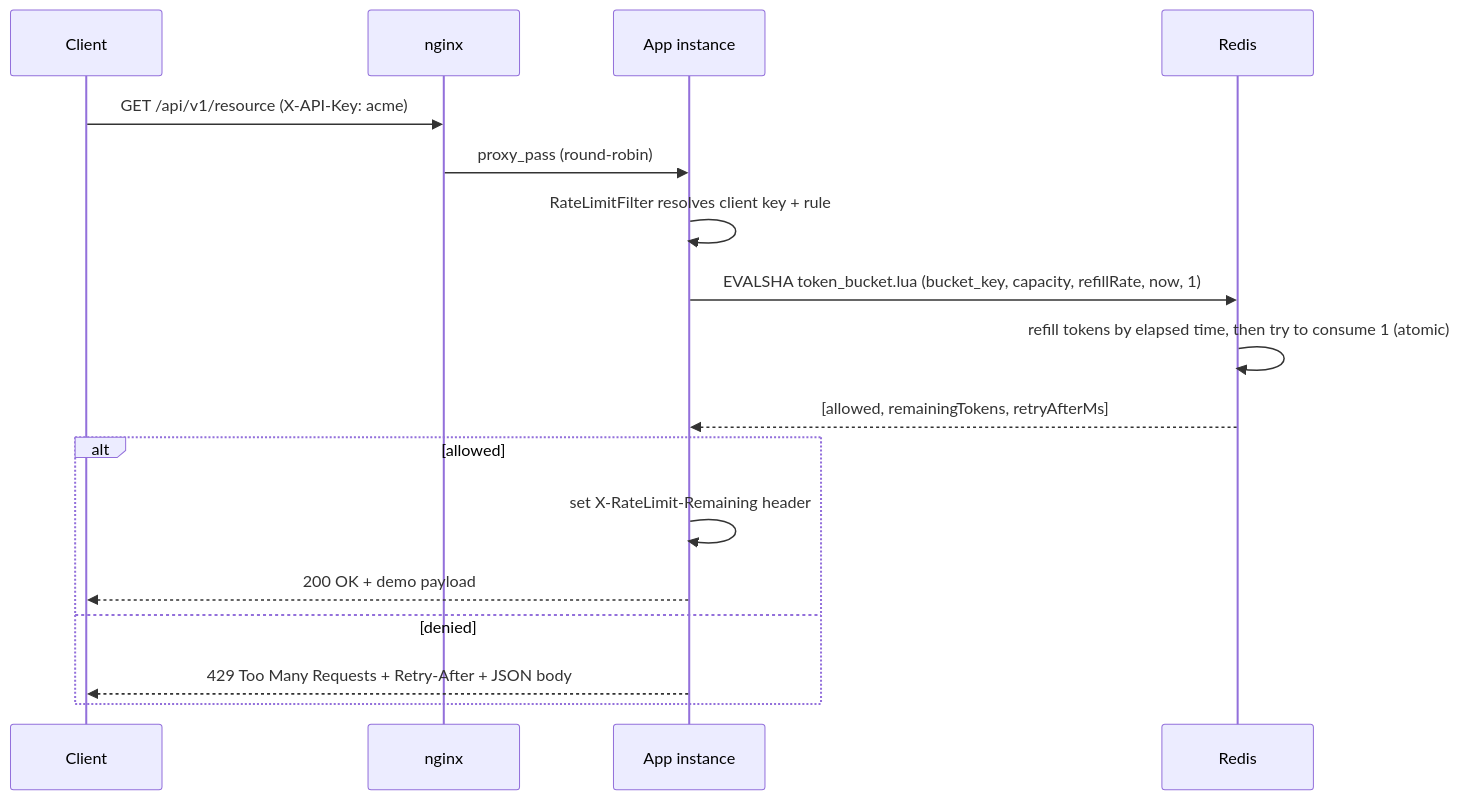
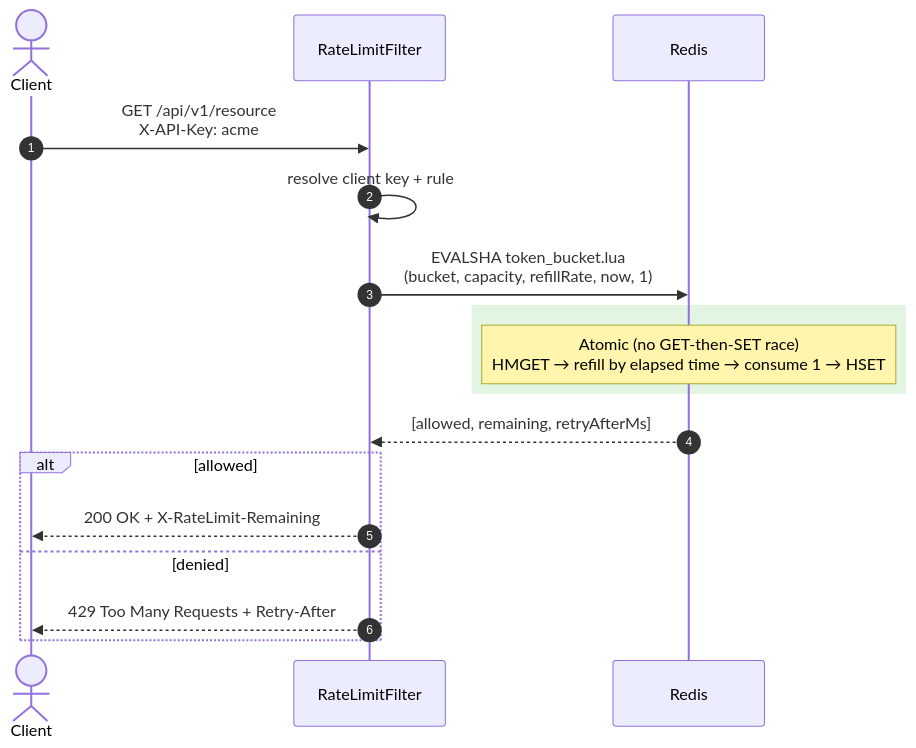
The second of 3 diagrams in README.md (Lubhawani-Singh-Chouhan/Distributed-Rate-Limiter), drawn with Mermaid before and after one commit. The commit also changed other lines of this file and 3 other files, not shown here.

````diff
--- a/README.md
+++ b/README.md
@@ -53,20 +59,20 @@
 ```mermaid
 sequenceDiagram
-    participant C as Client
-    participant N as nginx
-    participant App as App instance
-    participant R as Redis
+    autonumber
+    actor Client
+    participant Filter as RateLimitFilter
+    participant Redis
 
-    C->>N: GET /api/v1/resource (X-API-Key: acme)
-    N->>App: proxy_pass (round-robin)
-    App->>App: RateLimitFilter resolves client key + rule
-    App->>R: EVALSHA token_bucket.lua (bucket_key, capacity, refillRate, now, 1)
-    R->>R: refill tokens by elapsed time, then try to consume 1 (atomic)
-    R-->>App: [allowed, remainingTokens, retryAfterMs]
+    Client->>Filter: GET /api/v1/resource<br/>X-API-Key: acme
+    Filter->>Filter: resolve client key + rule
+    Filter->>Redis: EVALSHA token_bucket.lua<br/>(bucket, capacity, refillRate, now, 1)
+    rect rgb(226, 245, 226)
+        Note over Redis: Atomic (no GET-then-SET race)<br/>HMGET → refill by elapsed time → consume 1 → HSET
+    end
+    Redis-->>Filter: [allowed, remaining, retryAfterMs]
     alt allowed
-        App->>App: set X-RateLimit-Remaining header
-        App-->>C: 200 OK + demo payload
+        Filter-->>Client: 200 OK + X-RateLimit-Remaining
     else denied
-        App-->>C: 429 Too Many Requests + Retry-After + JSON body
+        Filter-->>Client: 429 Too Many Requests + Retry-After
     end
 ```
````
